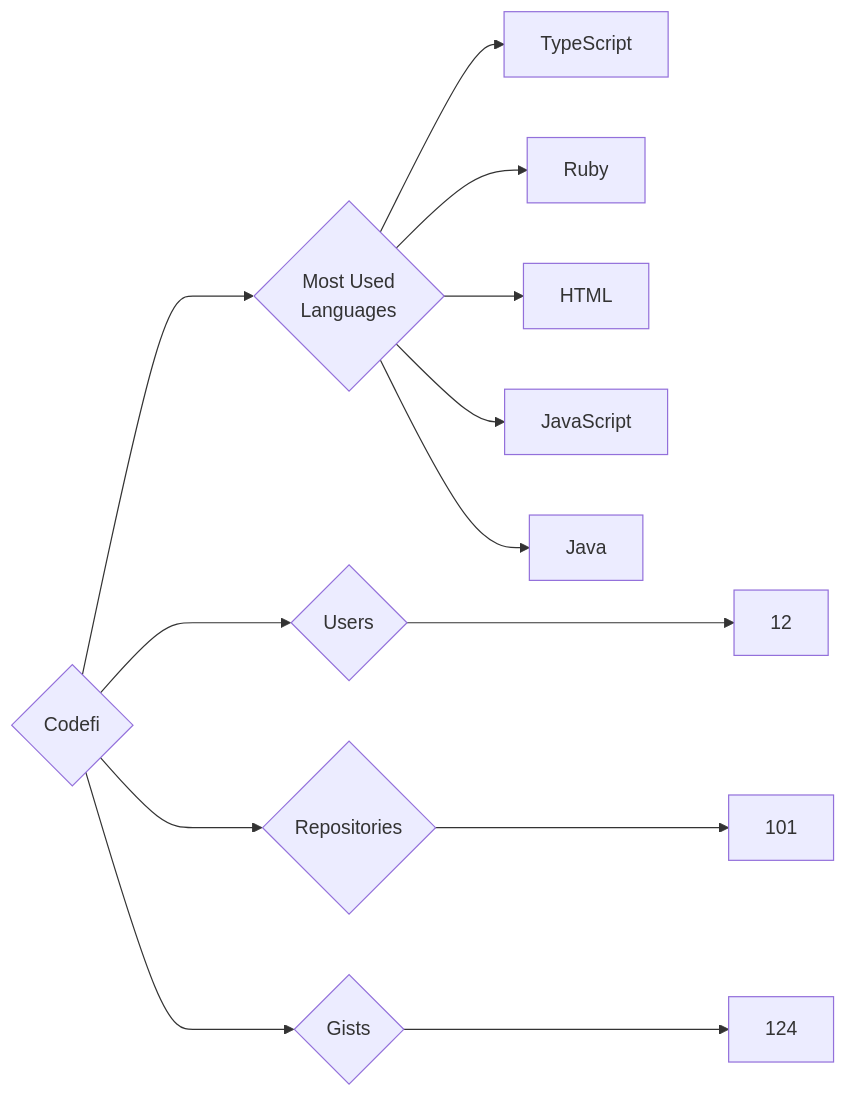
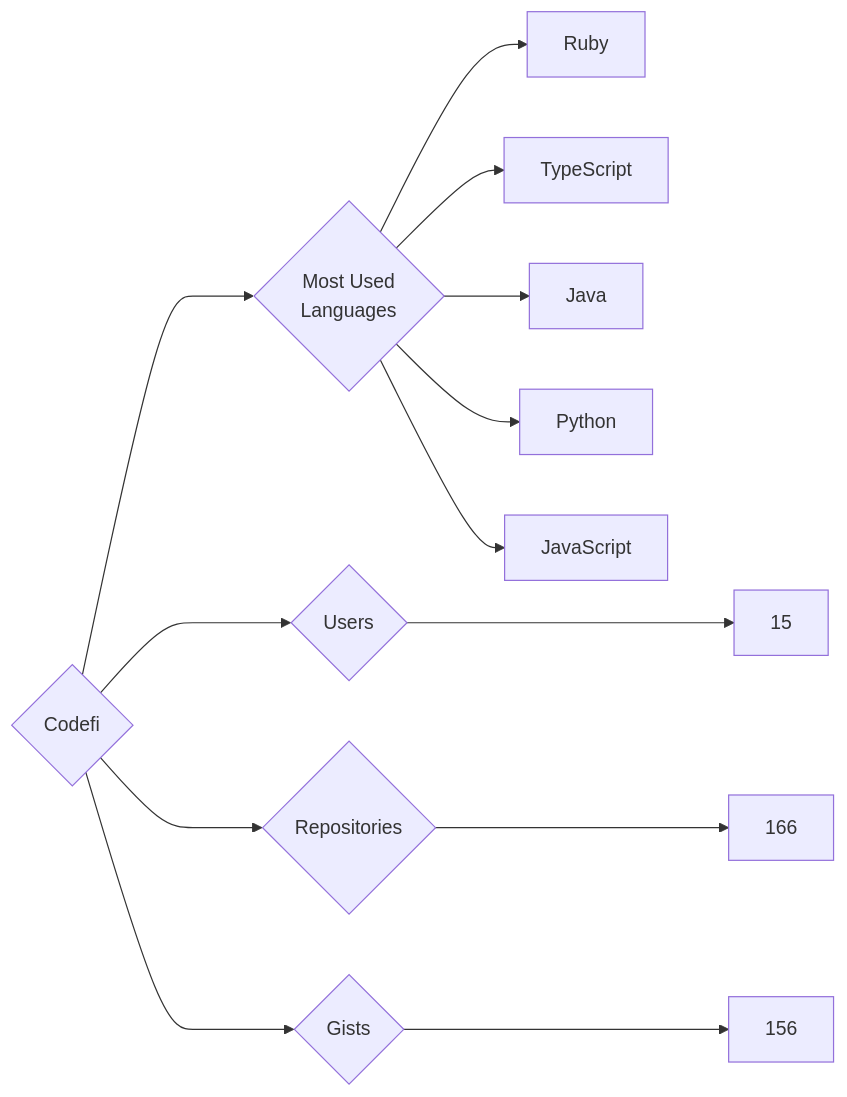
One commit to trickest/insiders changed the diagram in targets/Codefi/README.md. Above: the diagram before and after it, drawn with Mermaid. The commit also changed 611 other files, not shown here.

````diff
--- a/targets/Codefi/README.md
+++ b/targets/Codefi/README.md
@@ -3,13 +3,13 @@
 ```mermaid
 graph LR
 COMPANY_NAME{Codefi}
-COMPANY_NAME ---> U{Users} ---> UN[12]
-COMPANY_NAME ---> R{Repositories} ---> RN[101]
-COMPANY_NAME ---> G{Gists} ---> GN[124]
+COMPANY_NAME ---> U{Users} ---> UN[15]
+COMPANY_NAME ---> R{Repositories} ---> RN[166]
+COMPANY_NAME ---> G{Gists} ---> GN[156]
 COMPANY_NAME ---> ML{Most Used<br>Languages}
+ML --> Ruby[Ruby]
 ML --> TypeScript[TypeScript]
-ML --> Ruby[Ruby]
-ML --> HTML[HTML]
+ML --> Java[Java]
+ML --> Python[Python]
 ML --> JavaScript[JavaScript]
-ML --> Java[Java]
 ```
````
